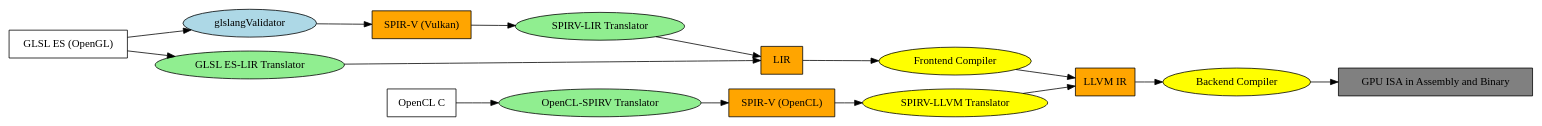
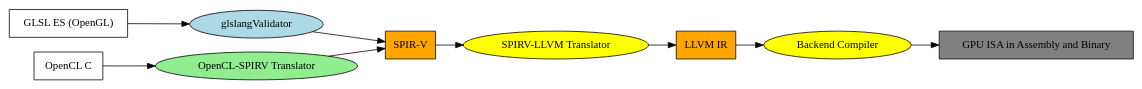
The diagram in Fig/gpu/gpu-compiler-toolchain.gv (Jonathan2251/lbd), drawn with Graphviz before and after one commit. The commit also changed 16 other files, not shown here.

```diff
--- a/Fig/gpu/gpu-compiler-toolchain.gv
+++ b/Fig/gpu/gpu-compiler-toolchain.gv
@@ -1,37 +1,30 @@
 digraph ShaderToLLVMIR {
     rankdir=LR;
     node [shape=record, style=filled, color=black];
 
     // Source Languages
     GLSL [label="GLSL ES (OpenGL)", fillcolor=white];
     OpenCL_C [label="OpenCL C", fillcolor=white];
 
     // Intermediate Representation
-    SPIRVG [label="SPIR-V (Vulkan)", fillcolor=orange];
-    SPIRVV [label="SPIR-V (OpenCL)", fillcolor=orange];
-
-    LIR [label="LIR", fillcolor=orange];
+    SPIRV [label="SPIR-V", fillcolor=orange];
 
     GPU_ISA [label="GPU ISA in Assembly and Binary", fillcolor=grey];
 
     // LLVM IR
     LLVM_IR [label="LLVM IR", fillcolor=orange];
 
     // Tools with oval shapes
     node [shape=oval, style=filled, fillcolor=lightgreen];
     Glslang [label="glslangValidator", fillcolor=lightblue];
     CL_SPIRV [label="OpenCL-SPIRV Translator"];
-    GLSL_LIR [label="GLSL ES-LIR Translator"];
-    SPIRV_LIR [label="SPIRV-LIR Translator"];
 
     // Tools with oval shapes
     node [shape=oval, style=filled, fillcolor=yellow];
-    LIR_LLVM [label="Frontend Compiler"];
     SPIRV_LLVM [label="SPIRV-LLVM Translator"];
     LLVMCompiler [label="Backend Compiler"];
 
     // Edges
-    GLSL -> GLSL_LIR -> LIR -> LIR_LLVM -> LLVM_IR;
-    GLSL -> Glslang -> SPIRVG -> SPIRV_LIR -> LIR;
-    OpenCL_C -> CL_SPIRV -> SPIRVV ->  SPIRV_LLVM -> LLVM_IR -> LLVMCompiler -> GPU_ISA;
+    GLSL -> Glslang -> SPIRV;
+    OpenCL_C -> CL_SPIRV -> SPIRV ->  SPIRV_LLVM -> LLVM_IR -> LLVMCompiler -> GPU_ISA;
 }
```
